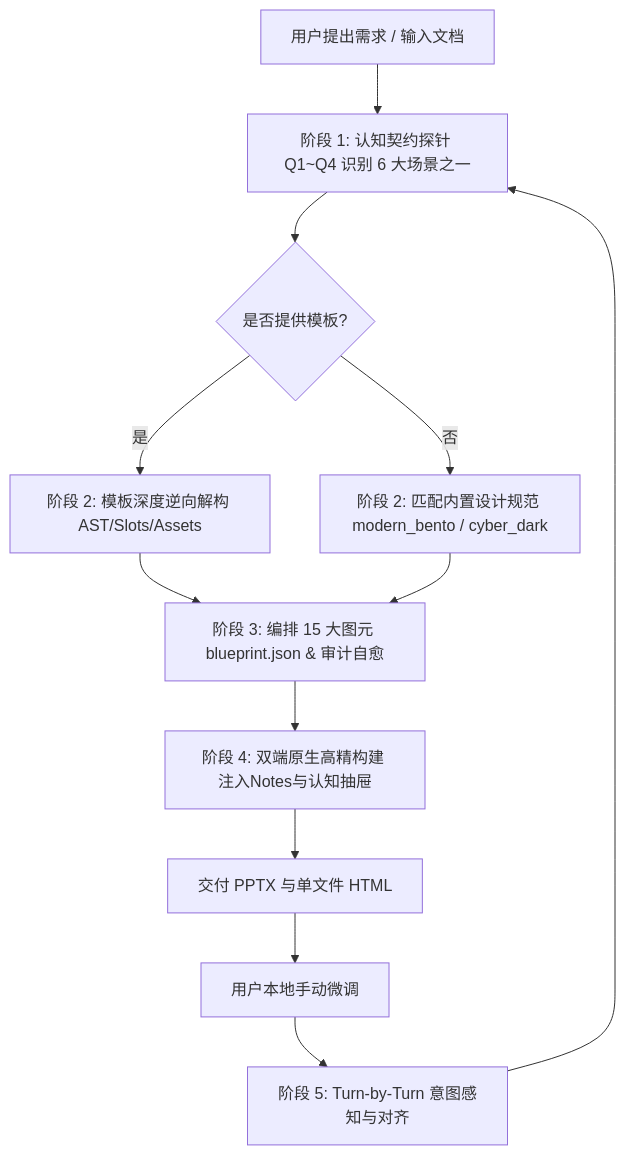
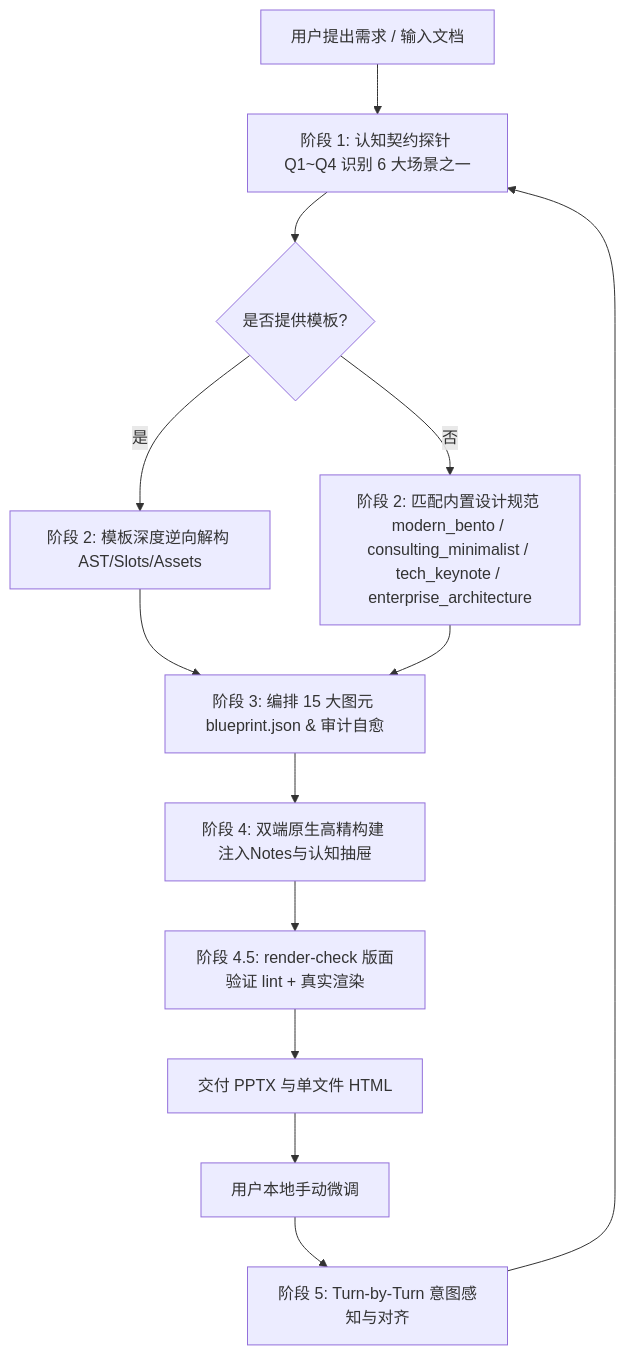
The diagram in .agents/skills/undo-ppt/SKILL.md (kts-kris/undoPPT), drawn with Mermaid before and after one commit. The commit also changed other lines of this file and 26 other files, not shown here.

````diff
--- a/.agents/skills/undo-ppt/SKILL.md
+++ b/.agents/skills/undo-ppt/SKILL.md
@@ -126,14 +126,15 @@
 ```mermaid
 graph TD
     A[用户提出需求 / 输入文档] --> B[阶段 1: 认知契约探针 Q1~Q4 识别 6 大场景之一]
     B --> C{是否提供模板?}
     C -- 是 --> D[阶段 2: 模板深度逆向解构 AST/Slots/Assets]
-    C -- 否 --> E[阶段 2: 匹配内置设计规范 modern_bento / cyber_dark]
+    C -- 否 --> E[阶段 2: 匹配内置设计规范 modern_bento / consulting_minimalist / tech_keynote / enterprise_architecture]
     D --> F[阶段 3: 编排 15 大图元 blueprint.json & 审计自愈]
     E --> F
     F --> G[阶段 4: 双端原生高精构建 注入Notes与认知抽屉]
-    G --> H[交付 PPTX 与单文件 HTML]
+    G --> V[阶段 4.5: render-check 版面验证 lint + 真实渲染]
+    V --> H[交付 PPTX 与单文件 HTML]
     H --> I[用户本地手动微调]
     I --> J[阶段 5: Turn-by-Turn 意图感知与对齐]
     J --> B
 ```
````
